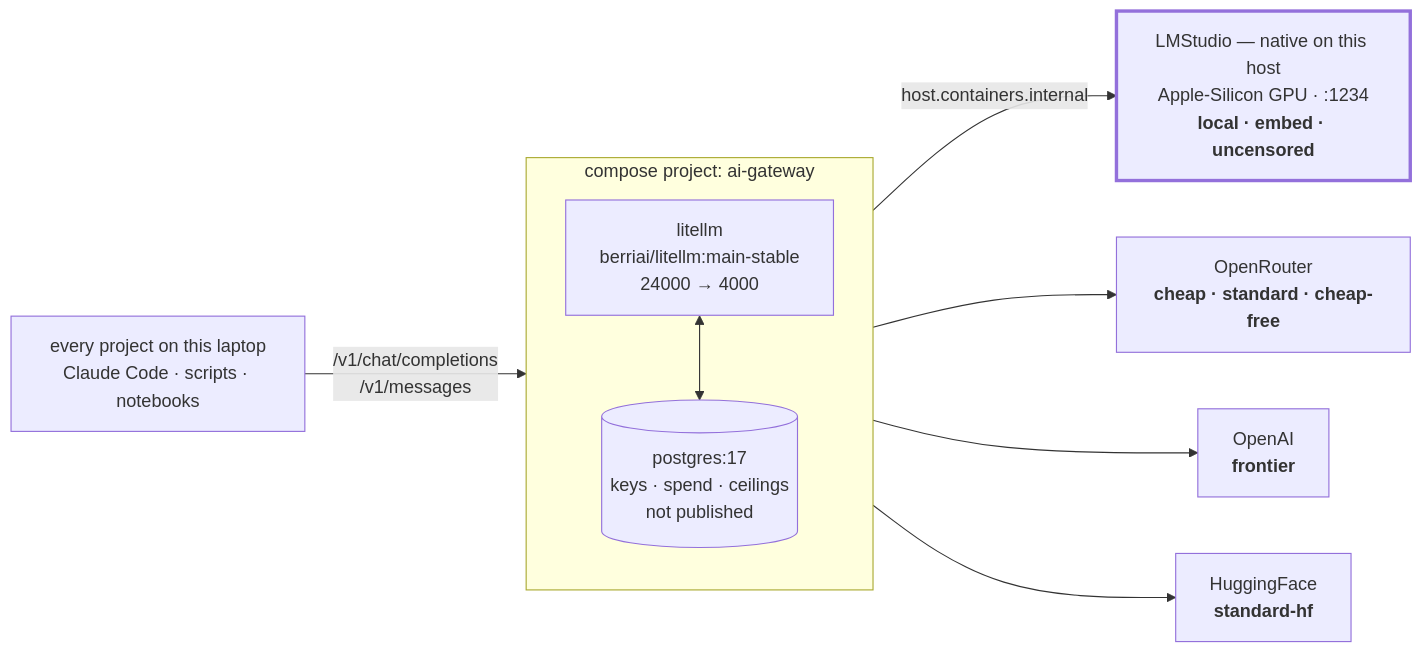
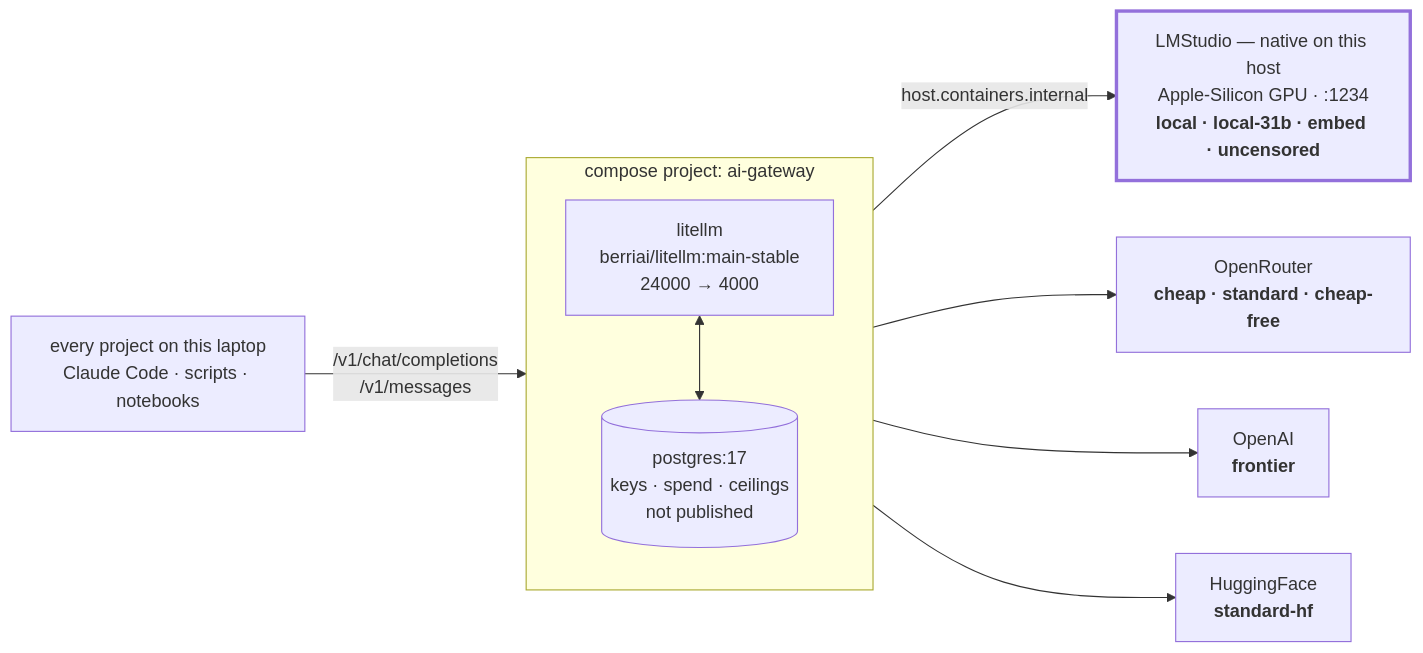
Before and after one commit to lukaskellerstein/ai-gateway: the first of 2 diagrams in README.md, drawn with Mermaid. The commit also changed other lines of this file and 4 other files, not shown here.

````diff
--- a/README.md
+++ b/README.md
@@ -19,25 +19,25 @@
 ```mermaid
 flowchart LR
     callers["every project on this laptop<br/>Claude Code · scripts · notebooks"]
 
     subgraph proj["compose project: ai-gateway"]
         direction TB
         litellm["litellm<br/>berriai/litellm:main-stable<br/>24000 → 4000"]
         pg[("postgres:17<br/>keys · spend · ceilings<br/>not published")]
         litellm <--> pg
     end
 
-    lms["LMStudio — native on this host<br/>Apple-Silicon GPU · :1234<br/><b>local · embed · uncensored</b>"]
+    lms["LMStudio — native on this host<br/>Apple-Silicon GPU · :1234<br/><b>local · local-31b · embed · uncensored</b>"]
     or["OpenRouter<br/><b>cheap · standard · cheap-free</b>"]
     oai["OpenAI<br/><b>frontier</b>"]
     hf["HuggingFace<br/><b>standard-hf</b>"]
 
     callers -->|"/v1/chat/completions<br/>/v1/messages"| litellm
     litellm -->|host.containers.internal| lms
     litellm --> or
     litellm --> oai
     litellm --> hf
 
     classDef onhost stroke-width:3px
     class lms onhost
 ```
````
